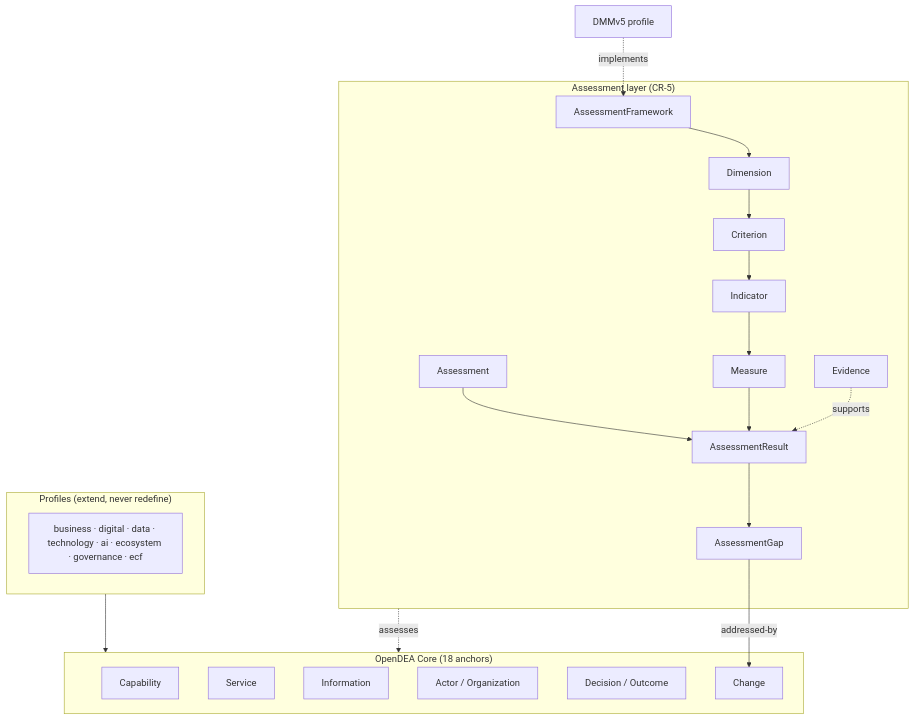
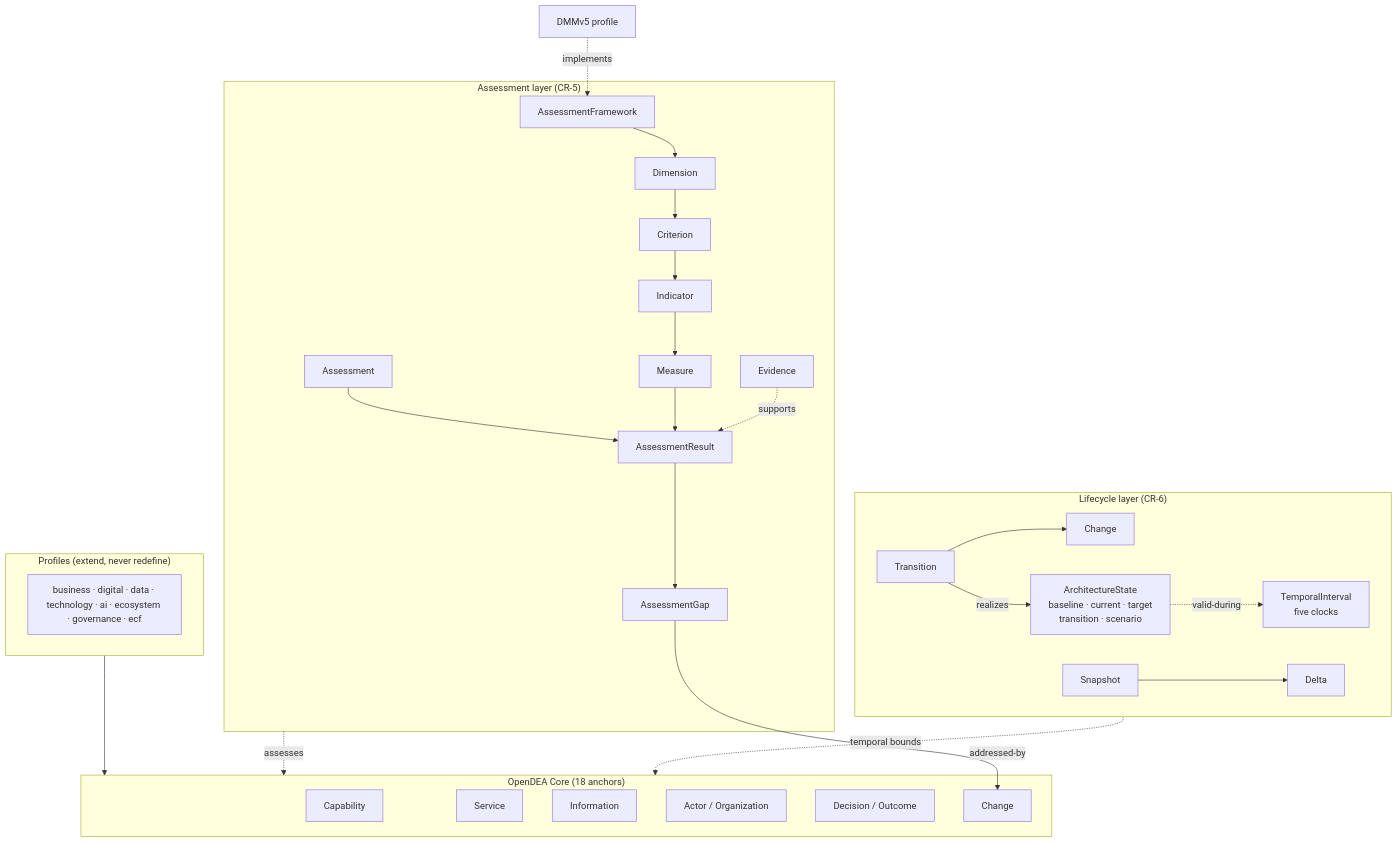
One commit to technehub-labs/dea-metamodel changed the diagram in README.md. Above: the diagram before and after it, drawn with Mermaid. The commit also changed other lines of this file and 1 other file, not shown here.

Commit message:
docs: CR-6 rationale — temporal-semantics knowledge base note, README table row + lifecycle layer in ontology graph (#79)

````diff
--- a/README.md
+++ b/README.md
@@ -111,21 +112,30 @@
 ```mermaid
 graph TD
     subgraph CORE["OpenDEA Core (18 anchors)"]
         C1[Capability] & C2[Service] & C3[Information]
         C4[Actor / Organization] & C5[Decision / Outcome] & C6[Change]
     end
     subgraph PROFILES["Profiles (extend, never redefine)"]
         P1[business · digital · data · technology · ai · ecosystem · governance · ecf]
     end
     subgraph ASSESS["Assessment layer (CR-5)"]
         AF[AssessmentFramework] --> D[Dimension] --> CR[Criterion] --> I[Indicator] --> M[Measure]
         A[Assessment] --> AR[AssessmentResult]
         M --> AR
         AR --> GAP[AssessmentGap]
         E[Evidence] -.supports.-> AR
     end
+    subgraph LIFE["Lifecycle layer (CR-6)"]
+        TI[TemporalInterval<br/>five clocks]
+        AS[ArchitectureState<br/>baseline · current · target<br/>transition · scenario]
+        TR[Transition] --> CH[Change]
+        SS[Snapshot] --> DL[Delta]
+    end
     DMM[DMMv5 profile] -. implements .-> AF
     PROFILES --> CORE
     ASSESS -. assesses .-> CORE
+    LIFE -. temporal bounds .-> CORE
+    AS -. valid-during .-> TI
     GAP -- addressed-by --> C6
+    TR -- realizes --> AS
 ```
````
